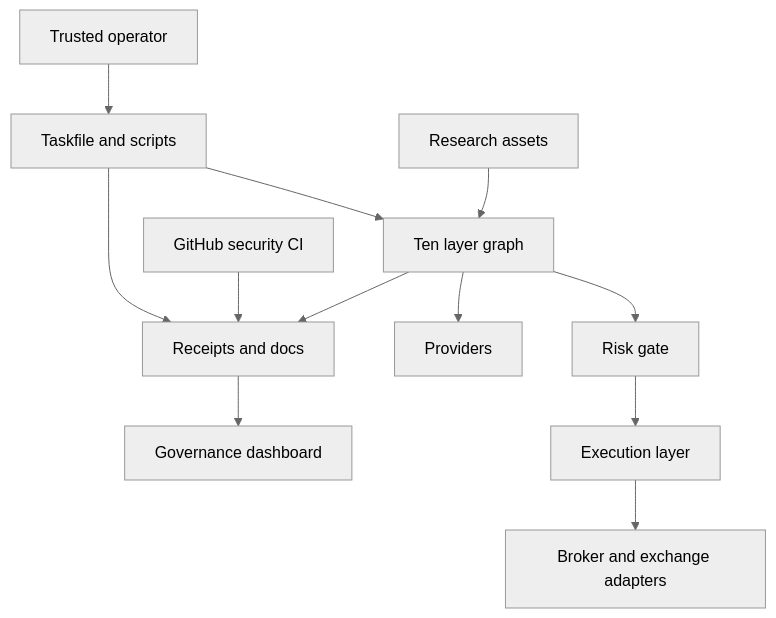
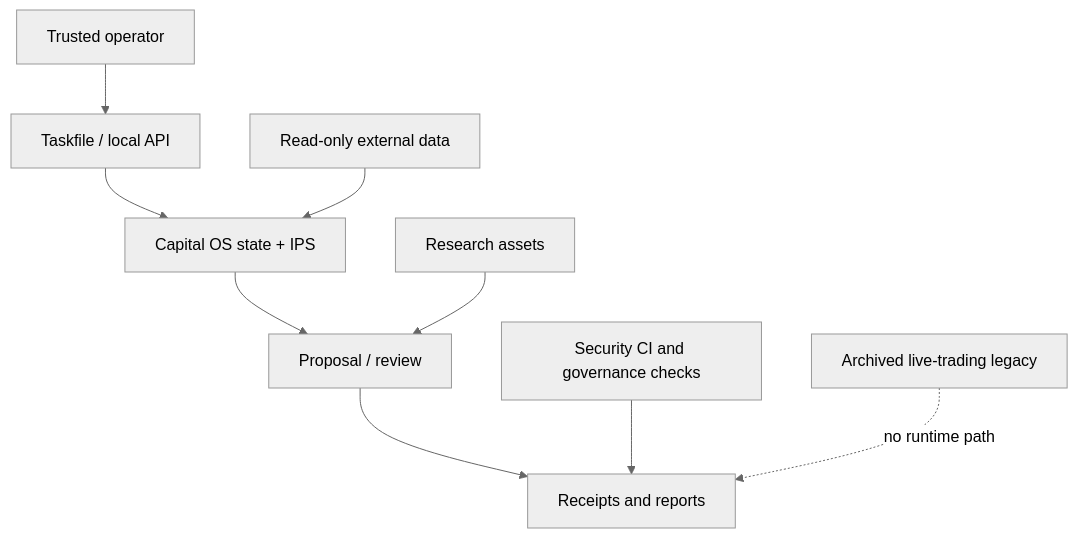
The diagram in docs/security/finharness-threat-model.md (zycxfyh/FinHarness), drawn with Mermaid (neutral theme) before and after one commit. The commit also changed other lines of this file and 41 other files, not shown here.

````diff
--- a/docs/security/finharness-threat-model.md
+++ b/docs/security/finharness-threat-model.md
@@ -130,26 +128,21 @@
 ```mermaid
 flowchart TD
   O["Trusted operator"]
-  T["Taskfile and scripts"]
-  G["Ten layer graph"]
+  T["Taskfile / local API"]
+  C["Capital OS state + IPS"]
+  P["Proposal / review"]
   A["Research assets"]
-  R["Risk gate"]
-  E["Execution layer"]
-  P["Providers"]
-  B["Broker and exchange adapters"]
-  D["Receipts and docs"]
-  C["GitHub security CI"]
-  H["Governance dashboard"]
+  D["Read-only external data"]
+  R["Receipts and reports"]
+  S["Security CI and governance checks"]
+  X["Archived live-trading legacy"]
 
   O --> T
-  T --> G
-  A --> G
-  G --> R
-  R --> E
-  G --> P
-  E --> B
-  G --> D
-  T --> D
-  C --> D
-  D --> H
+  T --> C
+  C --> P
+  A --> P
+  D --> C
+  P --> R
+  S --> R
+  X -. "no runtime path" .-> R
 ```
````
